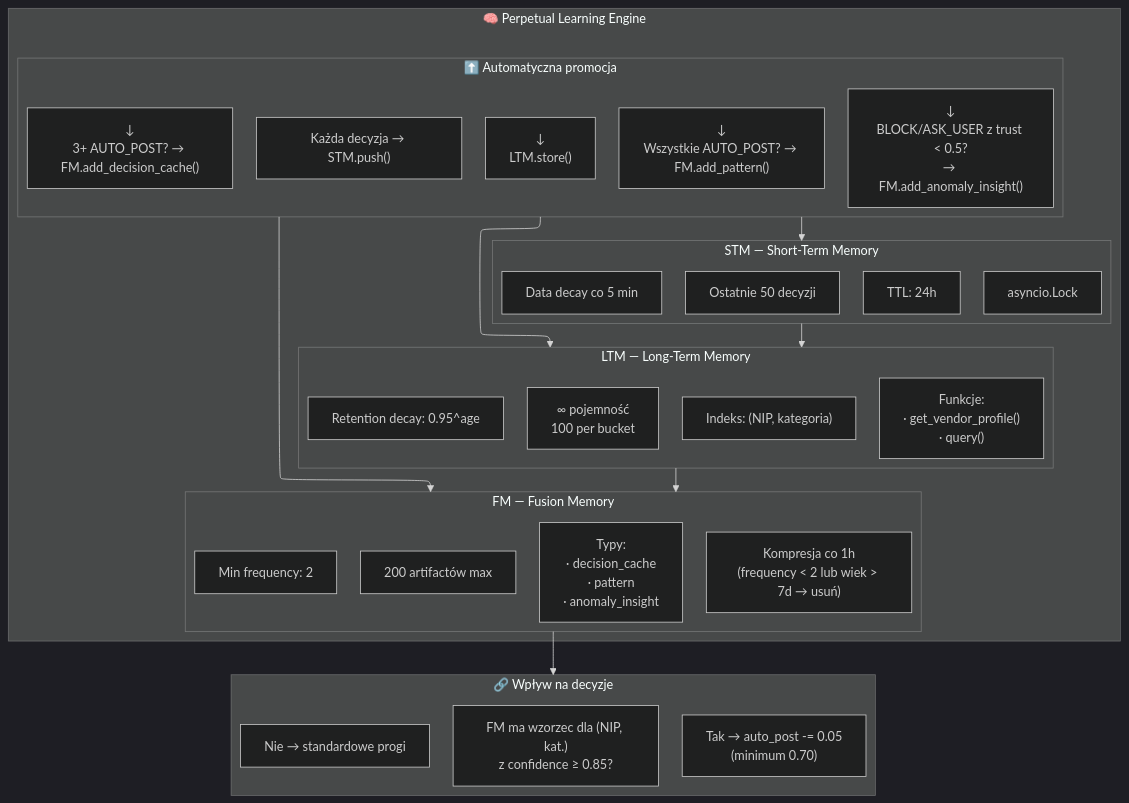
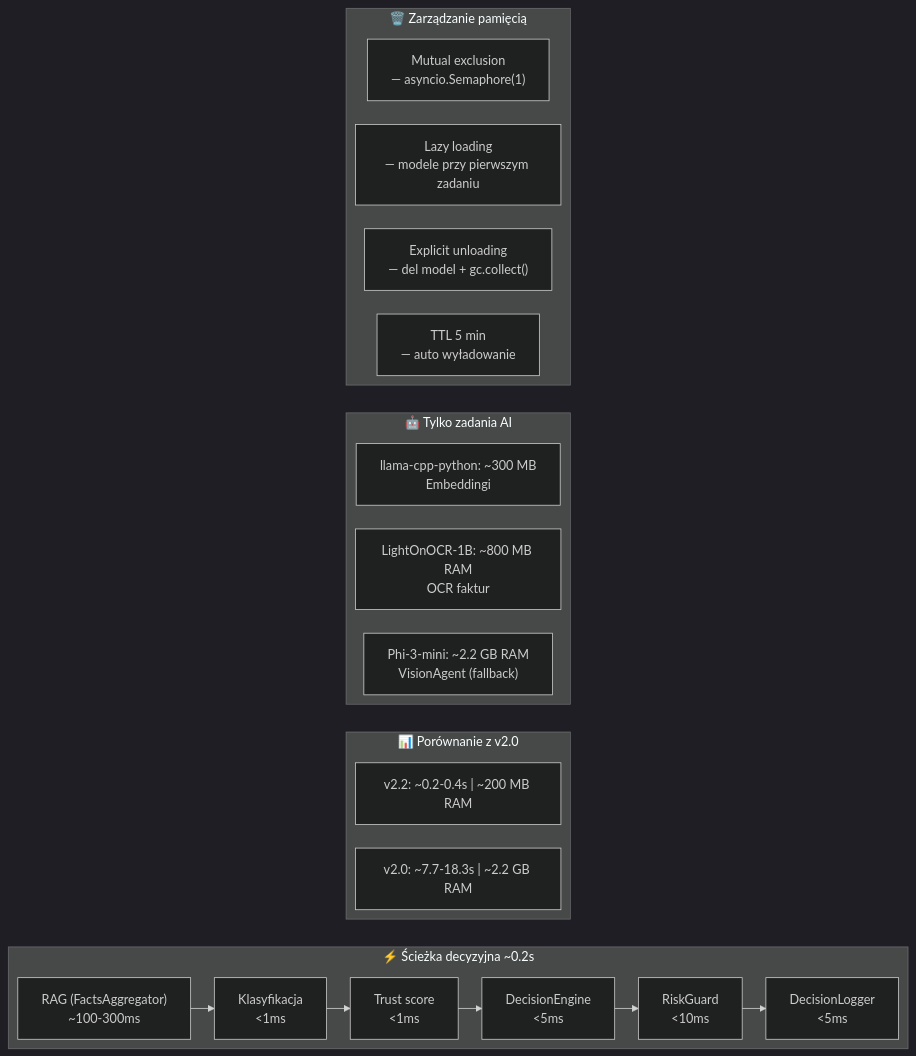
The sixth of 10 diagrams in docs/ARCHITECTURE_DIAGRAM.md (Gorski-Maciej/NexusAI), drawn with Mermaid before and after one commit. The commit also changed other lines of this file and 74 other files, not shown here.

````diff
--- a/docs/ARCHITECTURE_DIAGRAM.md
+++ b/docs/ARCHITECTURE_DIAGRAM.md
@@ -268,50 +347,31 @@
 ```mermaid
 %%{init: {"flowchart": {"defaultRenderer": "elk"}, "theme": "dark"}}%%
-flowchart TB
-    subgraph PLE["🧠 Perpetual Learning Engine"]
-        direction TB
-        
-        subgraph STM["STM — Short-Term Memory"]
-            STM1["Ostatnie 50 decyzji"]
-            STM2["TTL: 24h"]
-            STM3["Data decay co 5 min"]
-            STM4["asyncio.Lock"]
-        end
-
-        subgraph LTM["LTM — Long-Term Memory"]
-            LTM1["∞ pojemność\n100 per bucket"]
-            LTM2["Indeks: (NIP, kategoria)"]
-            LTM3["Retention decay: 0.95^age"]
-            LTM4["Funkcje:\n· get_vendor_profile()\n· query()"]
-        end
-
-        subgraph FM["FM — Fusion Memory"]
-            FM1["200 artifactów max"]
-            FM2["Typy:\n· decision_cache\n· pattern\n· anomaly_insight"]
-            FM3["Min frequency: 2"]
-            FM4["Kompresja co 1h\n(frequency < 2 lub wiek > 7d → usuń)"]
-        end
-
-        subgraph Promotion["⬆️ Automatyczna promocja"]
-            P1["Każda decyzja → STM.push()"]
-            P2["↓\nLTM.store()"]
-            P3["↓\n3+ AUTO_POST? → FM.add_decision_cache()"]
-            P4["↓\nWszystkie AUTO_POST? → FM.add_pattern()"]
-            P5["↓\nBLOCK/ASK_USER z trust < 0.5?\n→ FM.add_anomaly_insight()"]
-        end
-
-        STM --> LTM
-        LTM --> FM
-        Promotion --> STM
-        Promotion --> LTM
-        Promotion --> FM
+flowchart LR
+    subgraph SzybkaSciezka["⚡ Ścieżka decyzyjna ~0.2s"]
+        S1["RAG (FactsAggregator)\n~100-300ms"]
+        S2["Klasyfikacja\n<1ms"]
+        S3["Trust score\n<1ms"]
+        S4["DecisionEngine\n<5ms"]
+        S5["RiskGuard\n<10ms"]
+        S6["DecisionLogger\n<5ms"]
+        S1 --> S2 --> S3 --> S4 --> S5 --> S6
     end
 
-    subgraph Decision["🔗 Wpływ na decyzje"]
-        D1["FM ma wzorzec dla (NIP, kat.)\nz confidence ≥ 0.85?"]
-        D2["Tak → auto_post -= 0.05\n(minimum 0.70)"]
-        D3["Nie → standardowe progi"]
+    subgraph Porownanie["📊 Porównanie z v2.0"]
+        V1["v2.2: ~0.2-0.4s | ~200 MB RAM"]
+        V2["v2.0: ~7.7-18.3s | ~2.2 GB RAM"]
     end
 
-    FM --> Decision
+    subgraph AIOnly["🤖 Tylko zadania AI"]
+        A1["LightOnOCR-1B: ~800 MB RAM\nOCR faktur"]
+        A2["Phi-3-mini: ~2.2 GB RAM\nVisionAgent (fallback)"]
+        A3["llama-cpp-python: ~300 MB\nEmbeddingi"]
+    end
+
+    subgraph MemMgmt["🗑️ Zarządzanie pamięcią"]
+        M1["Lazy loading\n— modele przy pierwszym zadaniu"]
+        M2["Explicit unloading\n— del model + gc.collect()"]
+        M3["Mutual exclusion\n— asyncio.Semaphore(1)"]
+        M4["TTL 5 min\n— auto wyładowanie"]
+    end
 ```
````
